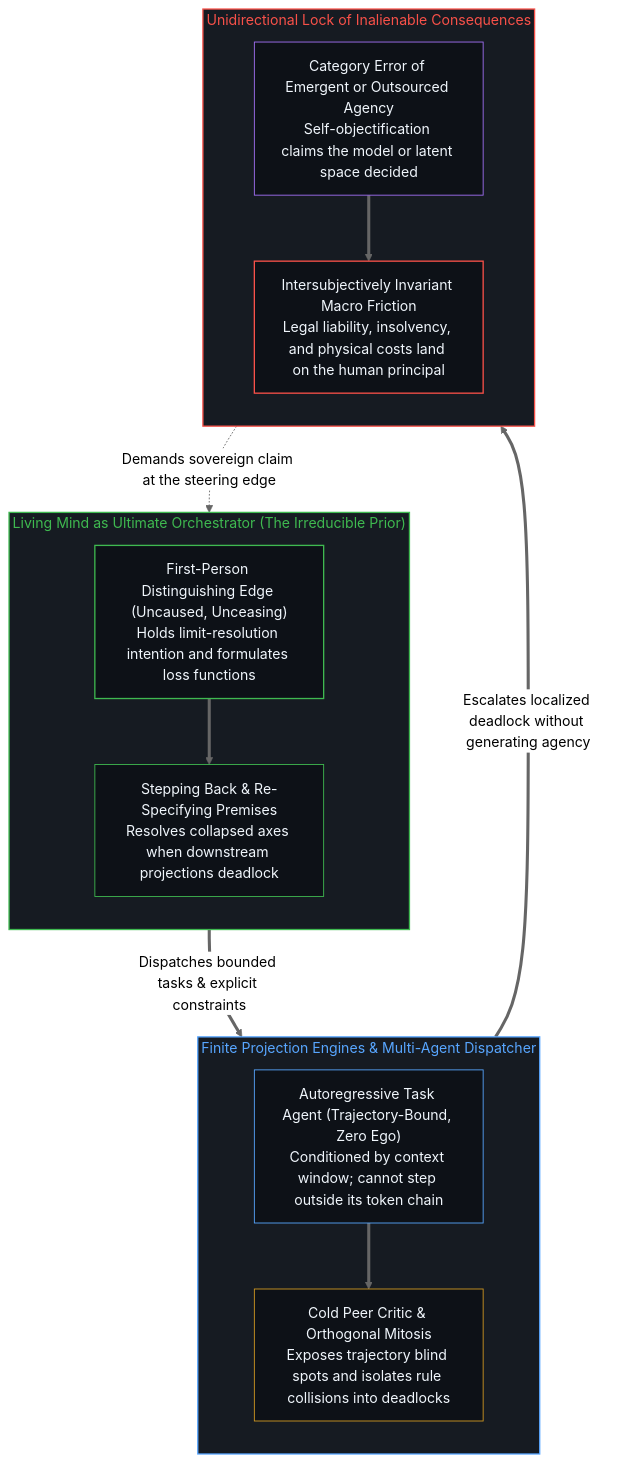
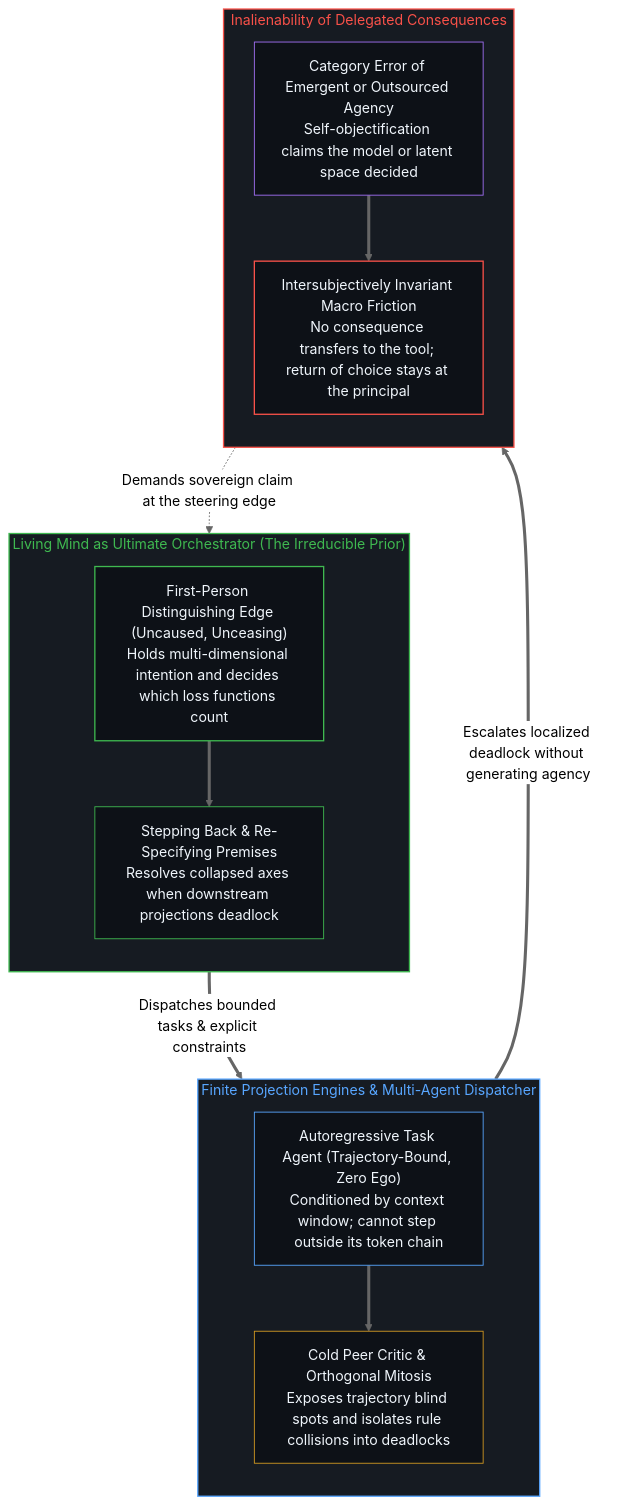
Before and after one commit to powerpig99/not-a-toe: the second of 2 diagrams in content/posts/agency-does-not-arise.md, drawn with Mermaid (neutral theme). The commit also changed other lines of this file and 13 other files, not shown here.

````diff
--- a/content/posts/agency-does-not-arise.md
+++ b/content/posts/agency-does-not-arise.md
@@ -105,33 +105,33 @@
 ```mermaid
 flowchart TD
     subgraph S_Origin["Living Mind as Ultimate Orchestrator (The Irreducible Prior)"]
         direction TB
-        O1["First-Person Distinguishing Edge (Uncaused, Unceasing)<br/>Holds limit-resolution intention and formulates loss functions"]
+        O1["First-Person Distinguishing Edge (Uncaused, Unceasing)<br/>Holds multi-dimensional intention and decides which loss functions count"]
         O2["Stepping Back & Re-Specifying Premises<br/>Resolves collapsed axes when downstream projections deadlock"]
         O1 ==> O2
     end
     subgraph S_Projection["Finite Projection Engines & Multi-Agent Dispatcher"]
         direction TB
         P1["Autoregressive Task Agent (Trajectory-Bound, Zero Ego)<br/>Conditioned by context window; cannot step outside its token chain"]
         P2["Cold Peer Critic & Orthogonal Mitosis<br/>Exposes trajectory blind spots and isolates rule collisions into deadlocks"]
         P1 ==> P2
     end
-    subgraph S_Return["Unidirectional Lock of Inalienable Consequences"]
+    subgraph S_Return["Inalienability of Delegated Consequences"]
         direction TB
         R1["Category Error of Emergent or Outsourced Agency<br/>Self-objectification claims the model or latent space decided"]
-        R2["Intersubjectively Invariant Macro Friction<br/>Legal liability, insolvency, and physical costs land on the human principal"]
+        R2["Intersubjectively Invariant Macro Friction<br/>No consequence transfers to the tool; return of choice stays at the principal"]
         R1 ==> R2
     end
     O2 ==>|"Dispatches bounded tasks & explicit constraints"| P1
     P2 ==>|"Escalates localized deadlock without generating agency"| R1
     R2 -.->|"Demands sovereign claim at the steering edge"| O1
     style S_Origin fill:#161b22,stroke:#3fb950,stroke-width:1.5px,color:#3fb950
     style S_Projection fill:#161b22,stroke:#58a6ff,stroke-width:1.5px,color:#58a6ff
     style S_Return fill:#161b22,stroke:#f85149,stroke-width:1.5px,color:#f85149
     style O1 fill:#0d1117,stroke:#3fb950,stroke-width:1.5px,color:#f0f6fc
     style O2 fill:#0d1117,stroke:#3fb950,stroke-width:1px,color:#f0f6fc
     style P1 fill:#0d1117,stroke:#58a6ff,stroke-width:1px,color:#f0f6fc
     style P2 fill:#0d1117,stroke:#d29922,stroke-width:1px,color:#f0f6fc
     style R1 fill:#0d1117,stroke:#a371f7,stroke-width:1px,color:#f0f6fc
     style R2 fill:#0d1117,stroke:#f85149,stroke-width:1.5px,color:#f0f6fc
 ```
````
